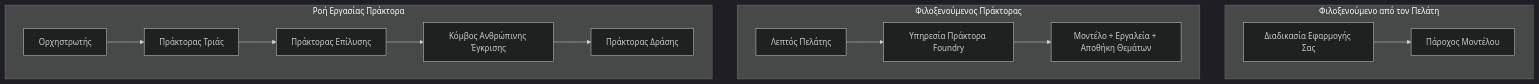
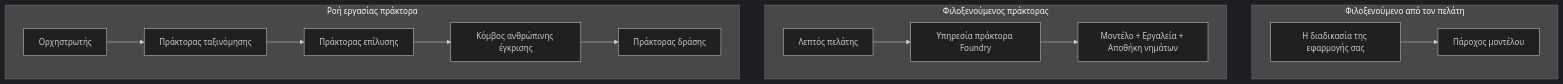
One commit to microsoft/ai-agents-for-beginners changed the first of 4 diagrams in translations/el/16-deploying-scalable-agents/README.md. Above: the diagram before and after it, drawn with Mermaid (dark theme). The commit also changed other lines of this file and 46 other files, not shown here.

````diff
--- a/translations/el/16-deploying-scalable-agents/README.md
+++ b/translations/el/16-deploying-scalable-agents/README.md
@@ -87,16 +87,16 @@
 ```mermaid
 flowchart TB
-    subgraph P1[Φιλοξενούμενο από τον Πελάτη]
-        A1[Διαδικασία Εφαρμογής Σας] --> M1[Πάροχος Μοντέλου]
+    subgraph P1[Φιλοξενούμενο από τον πελάτη]
+        A1[Η διαδικασία της εφαρμογής σας] --> M1[Πάροχος μοντέλου]
     end
-    subgraph P2[Φιλοξενούμενος Πράκτορας]
-        A2[Λεπτός Πελάτης] --> F2[Υπηρεσία Πράκτορα Foundry]
-        F2 --> M2[Μοντέλο + Εργαλεία + Αποθήκη Θεμάτων]
+    subgraph P2[Φιλοξενούμενος πράκτορας]
+        A2[Λεπτός πελάτης] --> F2[Υπηρεσία πράκτορα Foundry]
+        F2 --> M2[Μοντέλο + Εργαλεία + Αποθήκη νημάτων]
     end
-    subgraph P3[Ροή Εργασίας Πράκτορα]
-        A3[Ορχηστρωτής] --> S1[Πράκτορας Τριάς]
-        S1 --> S2[Πράκτορας Επίλυσης]
-        S2 --> H[Κόμβος Ανθρώπινης Έγκρισης]
-        H --> S3[Πράκτορας Δράσης]
+    subgraph P3[Ροή εργασίας πράκτορα]
+        A3[Ορχηστρωτής] --> S1[Πράκτορας ταξινόμησης]
+        S1 --> S2[Πράκτορας επίλυσης]
+        S2 --> H[Κόμβος ανθρώπινης έγκρισης]
+        H --> S3[Πράκτορας δράσης]
     end
 ```
````
